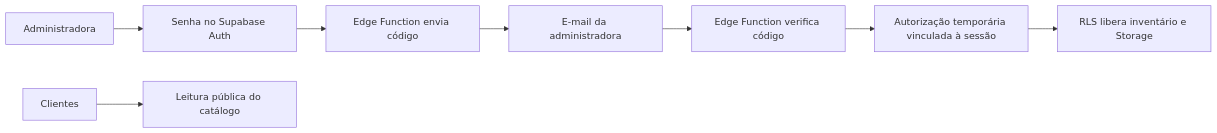
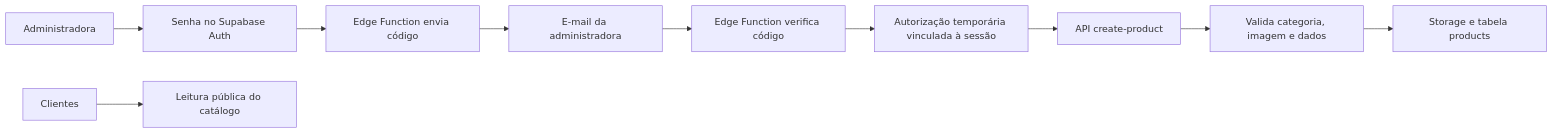
One commit to RAFAEL-G-A/USE-MDR changed the diagram in README.md. Above: the diagram before and after it, drawn with Mermaid. The commit also changed other lines of this file and 6 other files, not shown here.

````diff
--- a/README.md
+++ b/README.md
@@ -34,10 +34,12 @@
 ```mermaid
 flowchart LR
   A[Administradora] --> B[Senha no Supabase Auth]
   B --> C[Edge Function envia código]
   C --> D[E-mail da administradora]
   D --> E[Edge Function verifica código]
   E --> F[Autorização temporária vinculada à sessão]
-  F --> G[RLS libera inventário e Storage]
+  F --> G[API create-product]
+  G --> J[Valida categoria, imagem e dados]
+  J --> K[Storage e tabela products]
   H[Clientes] --> I[Leitura pública do catálogo]
 ```
````
